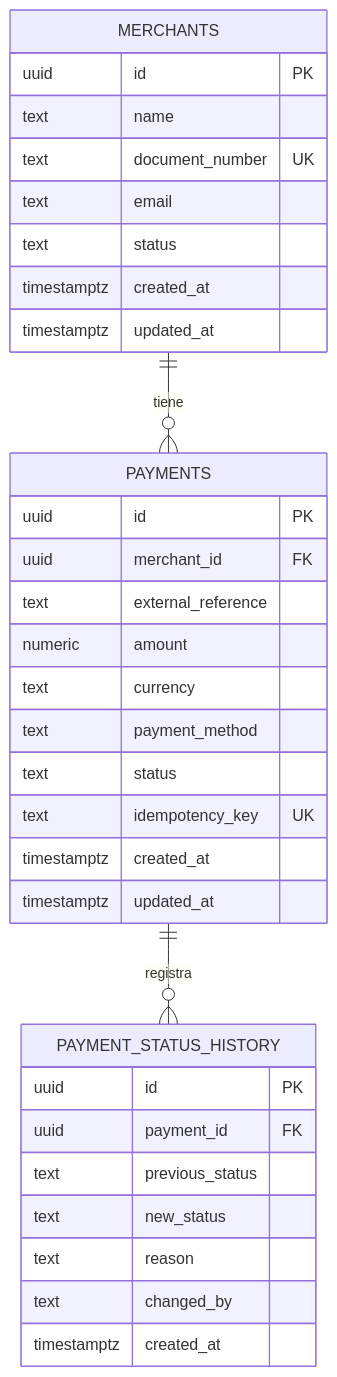
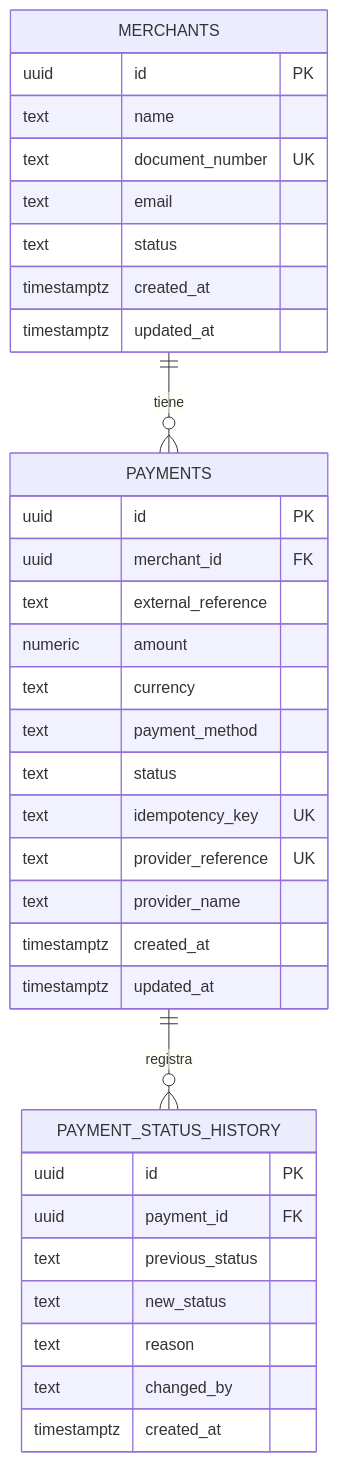
One commit to lauvale029/Prueba_tecnica_GO-Python changed the second of 2 diagrams in README.md. Above: the diagram before and after it, drawn with Mermaid. The commit also changed other lines of this file, not shown here.

First line of the commit message:
docs: document payment provider resilience in Sección 2

````diff
--- a/README.md
+++ b/README.md
@@ -120,38 +121,40 @@
 ```mermaid
 erDiagram
     MERCHANTS ||--o{ PAYMENTS : "tiene"
     PAYMENTS ||--o{ PAYMENT_STATUS_HISTORY : "registra"
 
     MERCHANTS {
         uuid id PK
         text name
         text document_number UK
         text email
         text status
         timestamptz created_at
         timestamptz updated_at
     }
 
     PAYMENTS {
         uuid id PK
         uuid merchant_id FK
         text external_reference
         numeric amount
         text currency
         text payment_method
         text status
         text idempotency_key UK
+        text provider_reference UK
+        text provider_name
         timestamptz created_at
         timestamptz updated_at
     }
 
     PAYMENT_STATUS_HISTORY {
         uuid id PK
         uuid payment_id FK
         text previous_status
         text new_status
         text reason
         text changed_by
         timestamptz created_at
     }
 ```
````
